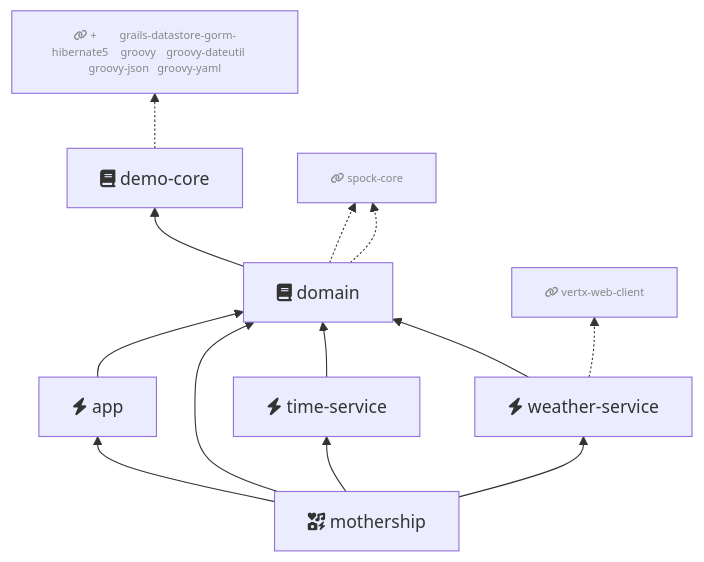
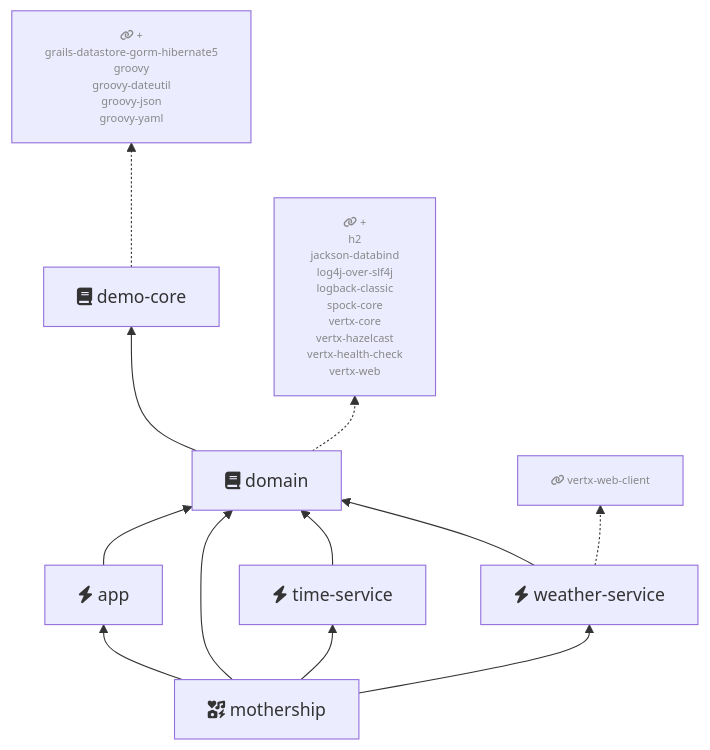
The second of 2 diagrams in README.md (injecteer/vx-demo), drawn with Mermaid before and after one commit.

````diff
--- a/README.md
+++ b/README.md
@@ -11,27 +11,25 @@
 ```mermaid
 
 flowchart BT
 	classDef ext font-size:x-small, color:#888
 	app[fas:fa-bolt app]
-	demo-core-ext[fas:fa-link +	grails-datastore-gorm-hibernate5	groovy	groovy-dateutil	groovy-json	groovy-yaml]:::ext
+	demo-core-ext[fas:fa-link +<br>grails-datastore-gorm-hibernate5<br>groovy<br>groovy-dateutil<br>groovy-json<br>groovy-yaml]:::ext
 	demo-core[fas:fa-book demo-core]
-	domain-ext[fas:fa-link +	h2	jackson-databind	log4j-over-slf4j	logback-classic	vertx-core	vertx-hazelcast	vertx-health-check	vertx-web]:::ext
-	domain-ext[fas:fa-link spock-core]:::ext
+	domain-ext[fas:fa-link +<br>h2<br>jackson-databind<br>log4j-over-slf4j<br>logback-classic<br>spock-core<br>vertx-core<br>vertx-hazelcast<br>vertx-health-check<br>vertx-web]:::ext
 	domain[fas:fa-book domain]
 	mothership[fas:fa-icons mothership]
 	time-service[fas:fa-bolt time-service]
 	weather-service-ext[fas:fa-link vertx-web-client]:::ext
 	weather-service[fas:fa-bolt weather-service]
 	app --> domain
 	demo-core .-> demo-core-ext
 	domain --> demo-core
 	domain .-> domain-ext
-	domain .-> domain-ext
 	mothership --> domain
 	mothership --> app
 	mothership --> time-service
 	mothership --> weather-service
 	time-service --> domain
 	weather-service --> domain
 	weather-service .-> weather-service-ext
 ```
````
